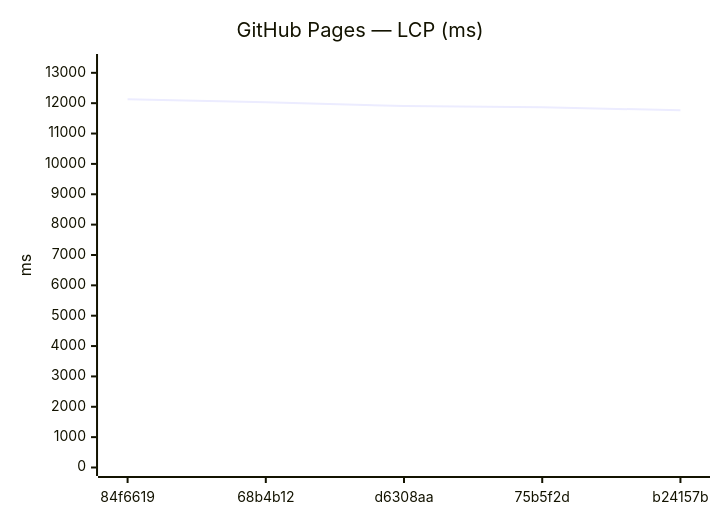
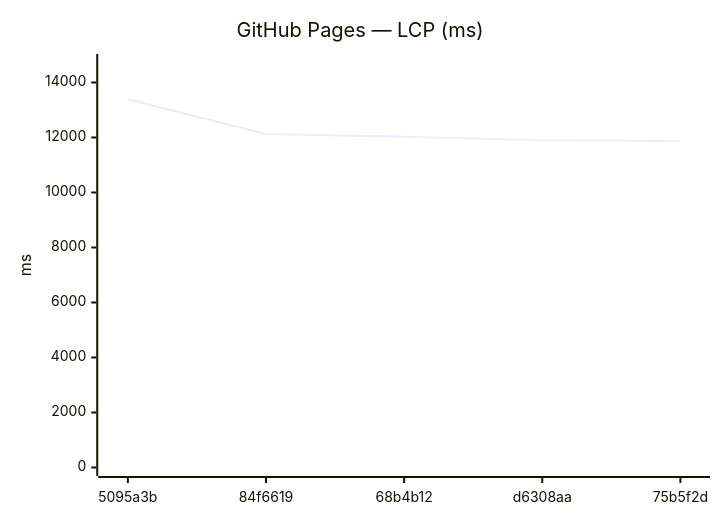
Before and after one commit to Metaheurist/Rianell: the ninth of 18 diagrams in benchmarks/compare.md, drawn with Mermaid. The commit also changed other lines of this file and 11 other files, not shown here.

````diff
--- a/benchmarks/compare.md
+++ b/benchmarks/compare.md
@@ -142,7 +142,7 @@
 ```mermaid
 xychart-beta
     title "GitHub Pages — LCP (ms)"
-    x-axis ["84f6619", "68b4b12", "d6308aa", "75b5f2d", "b24157b"]
-    y-axis "ms" 0 --> 13340
-    line [12127, 12028, 11904, 11863, 11768]
+    x-axis ["5095a3b", "84f6619", "68b4b12", "d6308aa", "75b5f2d"]
+    y-axis "ms" 0 --> 14727
+    line [13388, 12127, 12028, 11904, 11863]
 ```
````
